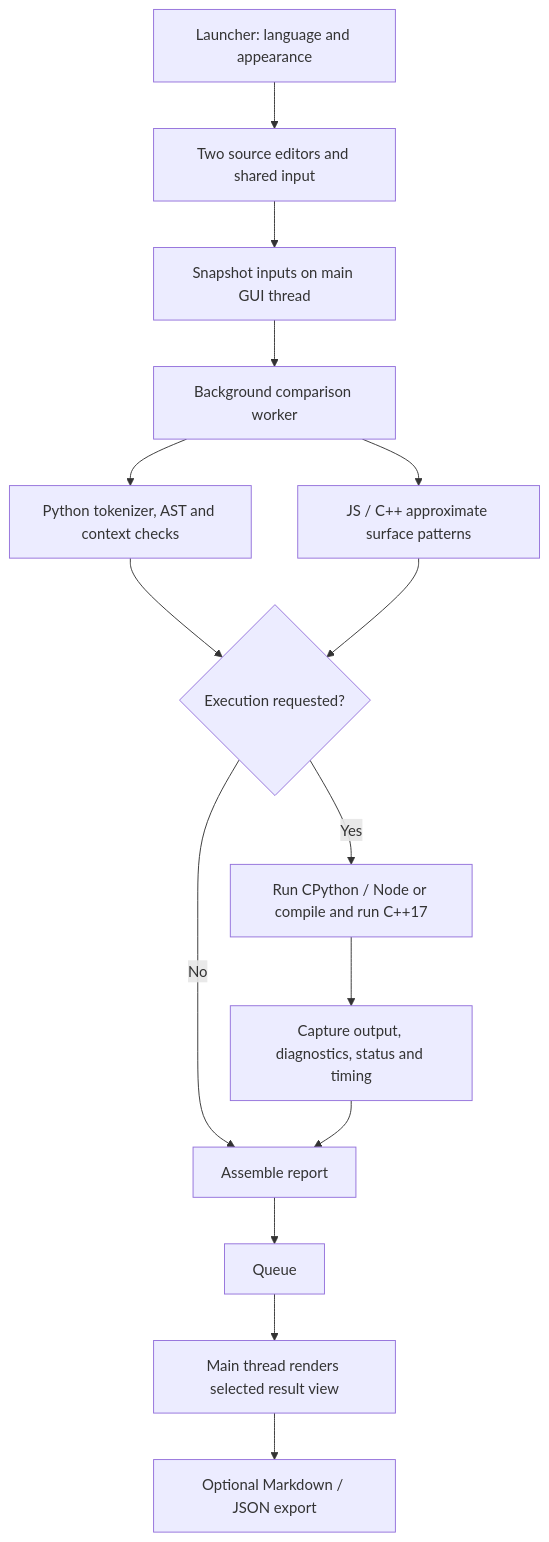
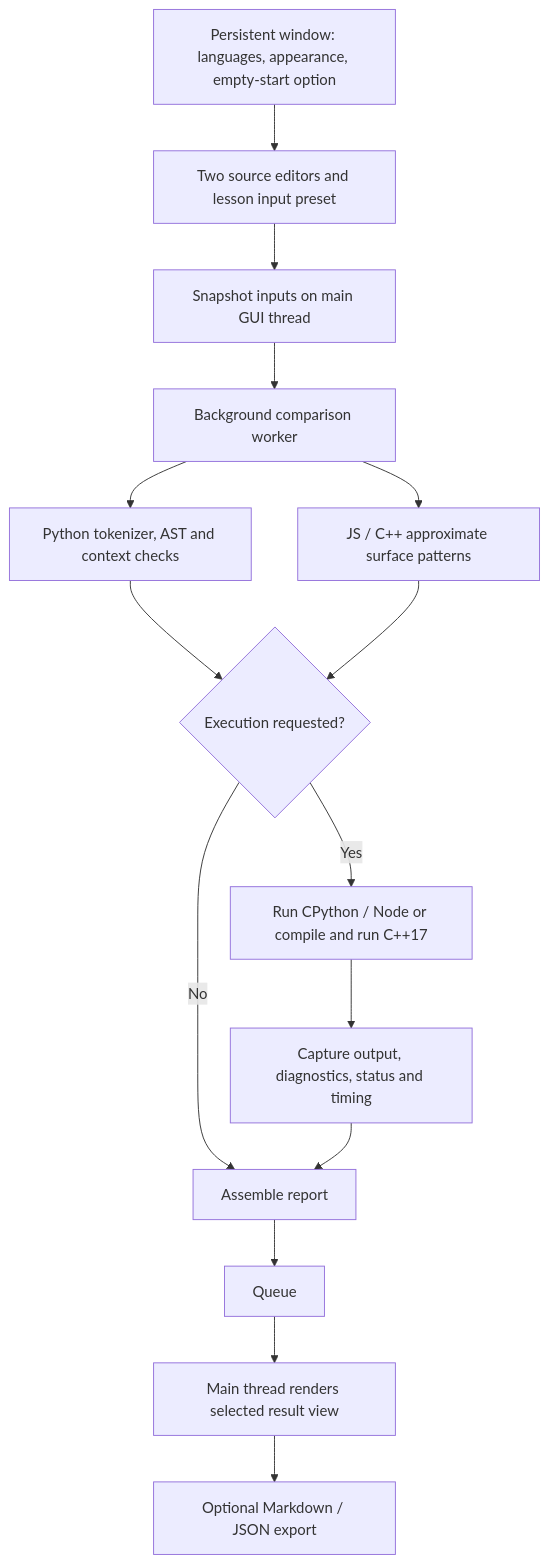
The diagram in docs/documentation.md (JGRoces/ppl-semantics-analyzer), drawn with Mermaid before and after one commit. The commit also changed other lines of this file and 8 other files, not shown here.

````diff
--- a/docs/documentation.md
+++ b/docs/documentation.md
@@ -132,17 +135,17 @@
 ```mermaid
 flowchart TD
-    L[Launcher: language and appearance] --> U[Two source editors and shared input]
+    L[Persistent window: languages, appearance, empty-start option] --> U[Two source editors and lesson input preset]
     U --> S[Snapshot inputs on main GUI thread]
     S --> W[Background comparison worker]
     W --> P[Python tokenizer, AST and context checks]
     W --> H[JS / C++ approximate surface patterns]
     P --> D{Execution requested?}
     H --> D
     D -->|No| R[Assemble report]
     D -->|Yes| E[Run CPython / Node or compile and run C++17]
     E --> C[Capture output, diagnostics, status and timing]
     C --> R
     R --> Q[Queue]
     Q --> V[Main thread renders selected result view]
     V --> X[Optional Markdown / JSON export]
 ```
````
